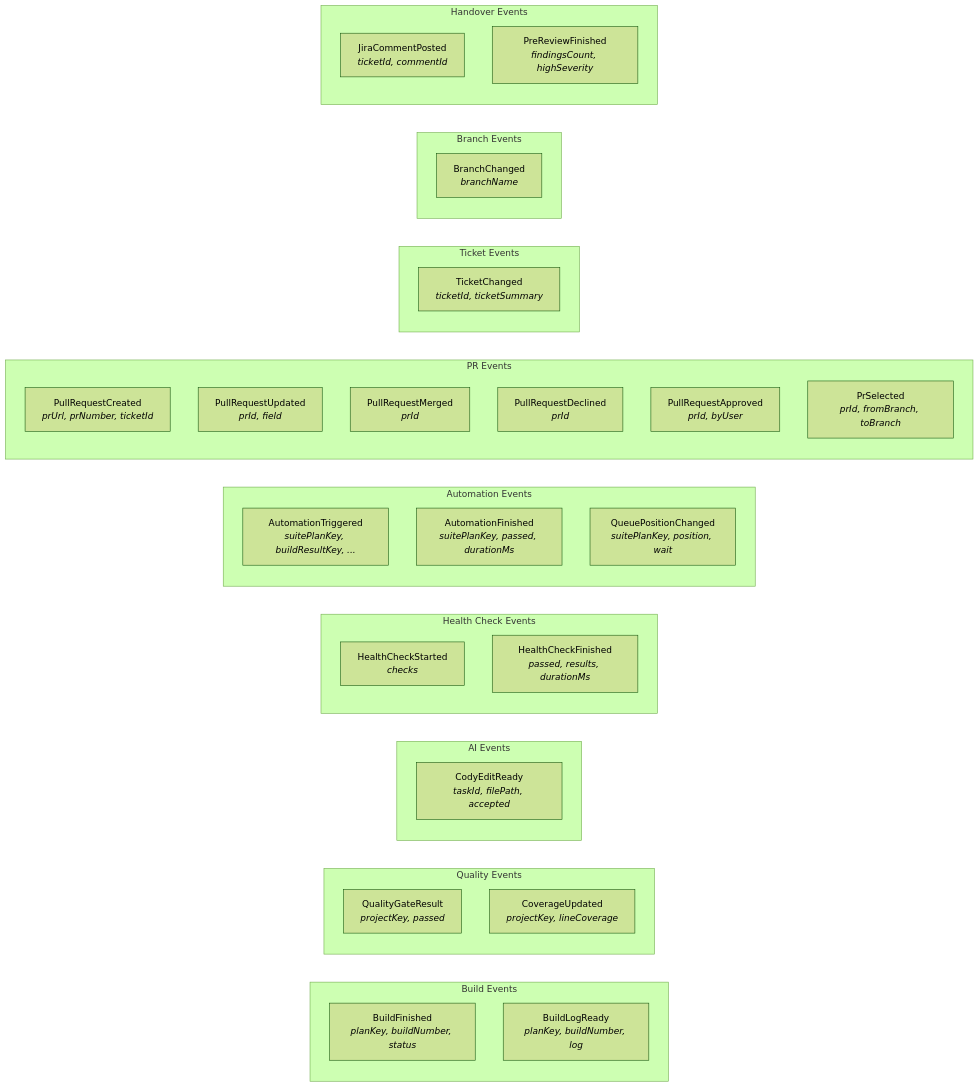
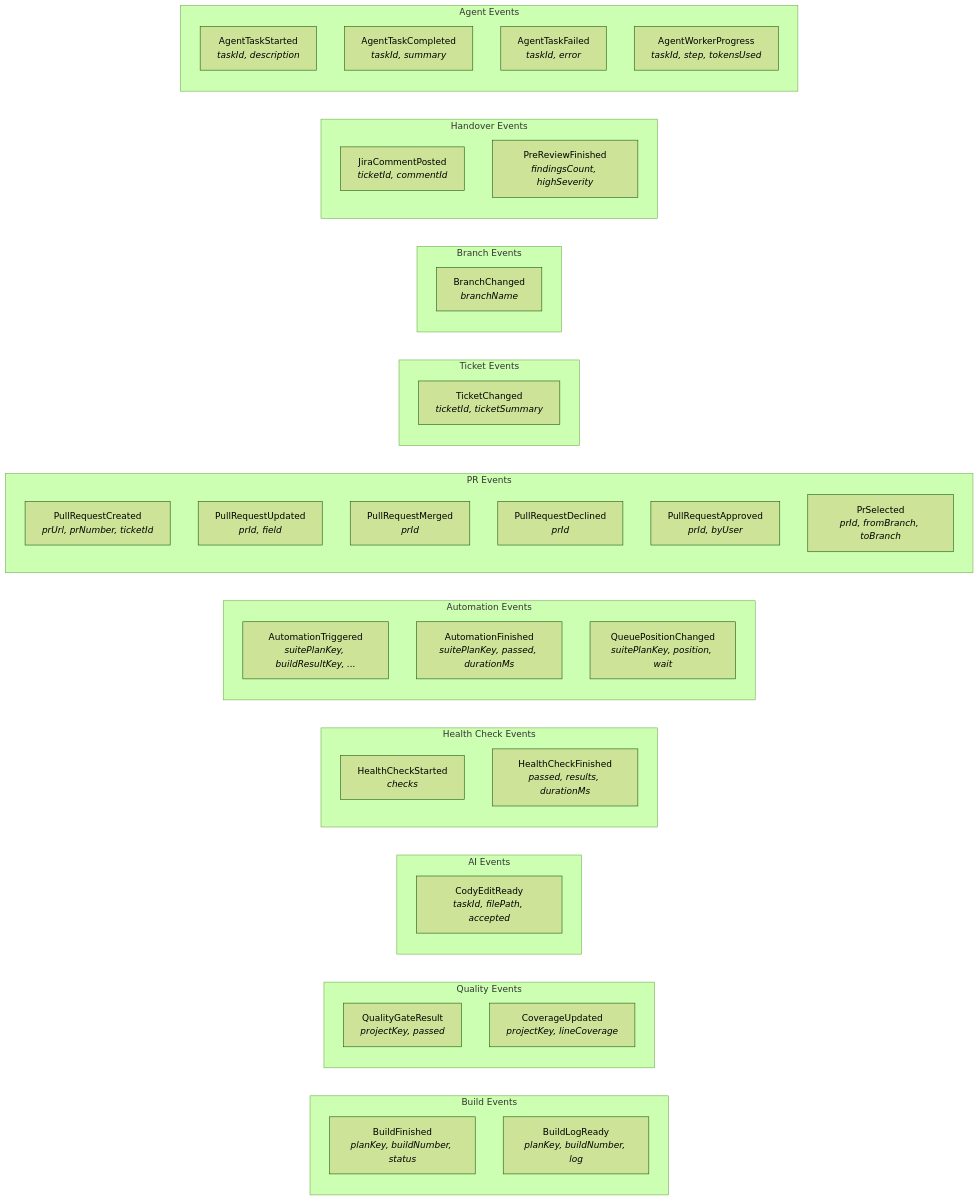
One commit to thenerdygeek/intellij-workflow-orchestrator changed the first of 2 diagrams in docs/architecture/event-bus.md. Above: the diagram before and after it, drawn with Mermaid (forest theme). The commit also changed other lines of this file and 7 other files, not shown here.

Commit message:
docs: update architecture documentation for Phase 3 agentic AI — agent module, events, APIs, threading, UI

````diff
--- a/docs/architecture/event-bus.md
+++ b/docs/architecture/event-bus.md
@@ -22,49 +22,56 @@
 ```mermaid
 flowchart LR
     subgraph "Build Events"
         BF["BuildFinished<br/><i>planKey, buildNumber, status</i>"]
         BLR["BuildLogReady<br/><i>planKey, buildNumber, log</i>"]
     end
 
     subgraph "Quality Events"
         QGR["QualityGateResult<br/><i>projectKey, passed</i>"]
         CU["CoverageUpdated<br/><i>projectKey, lineCoverage</i>"]
     end
 
     subgraph "AI Events"
         CER["CodyEditReady<br/><i>taskId, filePath, accepted</i>"]
     end
 
     subgraph "Health Check Events"
         HCS["HealthCheckStarted<br/><i>checks</i>"]
         HCF["HealthCheckFinished<br/><i>passed, results, durationMs</i>"]
     end
 
     subgraph "Automation Events"
         AT["AutomationTriggered<br/><i>suitePlanKey, buildResultKey, ...</i>"]
         AF["AutomationFinished<br/><i>suitePlanKey, passed, durationMs</i>"]
         QPC["QueuePositionChanged<br/><i>suitePlanKey, position, wait</i>"]
     end
 
     subgraph "PR Events"
         PRC["PullRequestCreated<br/><i>prUrl, prNumber, ticketId</i>"]
         PRU["PullRequestUpdated<br/><i>prId, field</i>"]
         PRM["PullRequestMerged<br/><i>prId</i>"]
         PRD["PullRequestDeclined<br/><i>prId</i>"]
         PRA["PullRequestApproved<br/><i>prId, byUser</i>"]
         PRS["PrSelected<br/><i>prId, fromBranch, toBranch</i>"]
     end
 
     subgraph "Ticket Events"
         TC["TicketChanged<br/><i>ticketId, ticketSummary</i>"]
     end
 
     subgraph "Branch Events"
         BC["BranchChanged<br/><i>branchName</i>"]
     end
 
     subgraph "Handover Events"
         JCP["JiraCommentPosted<br/><i>ticketId, commentId</i>"]
         PRF["PreReviewFinished<br/><i>findingsCount, highSeverity</i>"]
     end
+
+    subgraph "Agent Events"
+        ATS["AgentTaskStarted<br/><i>taskId, description</i>"]
+        ATC["AgentTaskCompleted<br/><i>taskId, summary</i>"]
+        ATF["AgentTaskFailed<br/><i>taskId, error</i>"]
+        AWP["AgentWorkerProgress<br/><i>taskId, step, tokensUsed</i>"]
+    end
 ```
````
